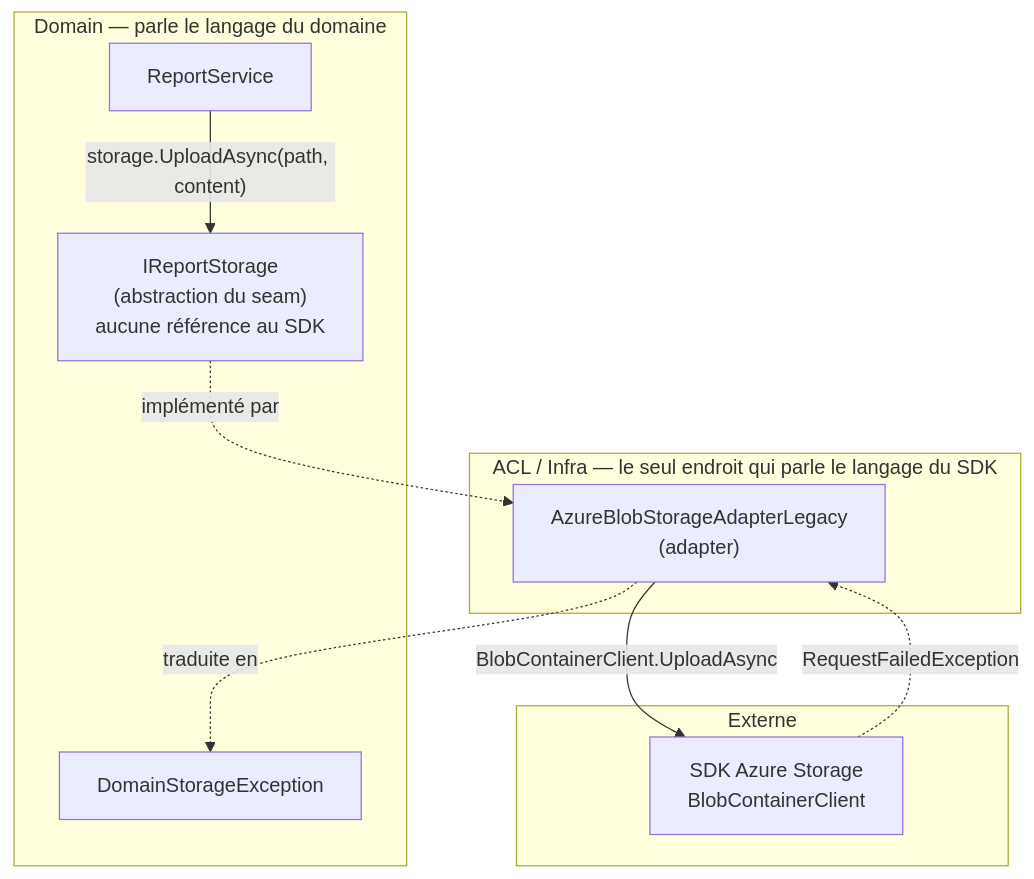
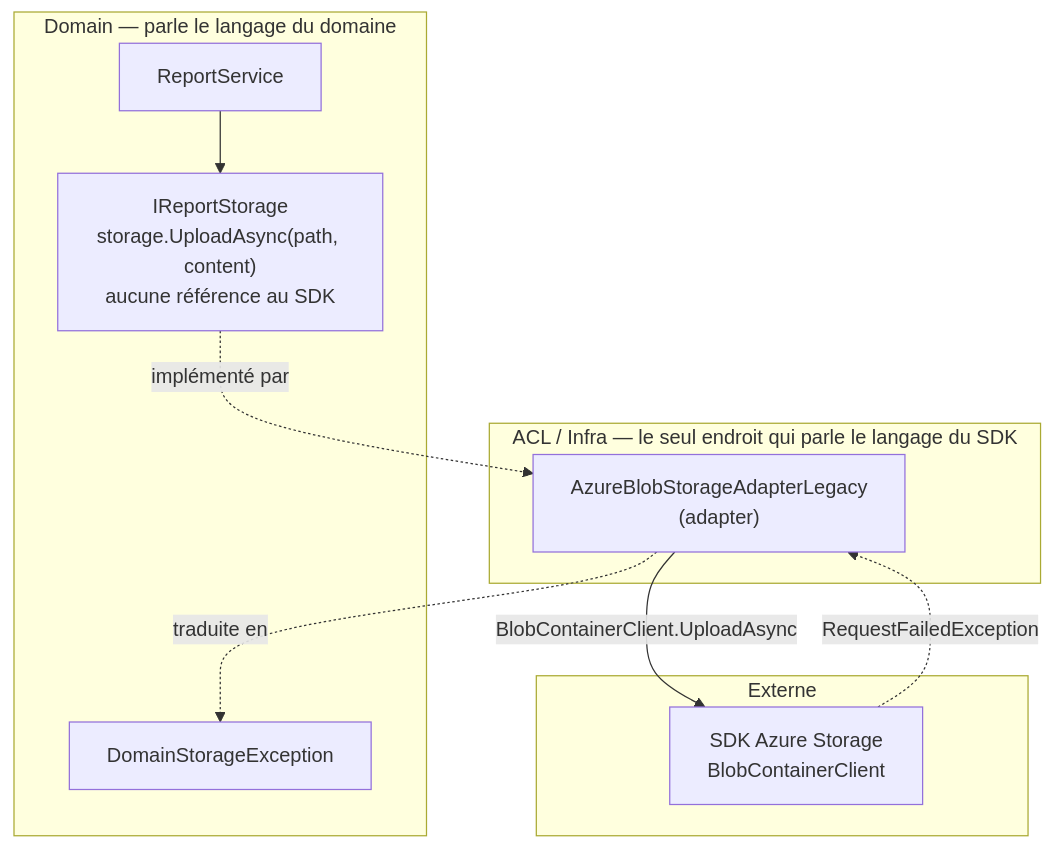
Before and after one commit to nono26/MeetupNugetDependence: the second of 4 diagrams in 4.migration/readme.md, drawn with Mermaid. The commit also changed other lines of this file and 3 other files, not shown here.

````diff
--- a/4.migration/readme.md
+++ b/4.migration/readme.md
@@ -25,22 +25,22 @@
 ```mermaid
     flowchart TB
     subgraph domain["Domain — parle le langage du domaine"]
         RS["ReportService"]
-        IRS["IReportStorage<br/>(abstraction du seam)<br/>aucune référence au SDK"]
+        IRS["IReportStorage<br/>storage.UploadAsync(path, content)<br/>aucune référence au SDK"]
         DSE["DomainStorageException"]
     end
 
     subgraph acl["ACL / Infra — le seul endroit qui parle le langage du SDK"]
         ADP["AzureBlobStorageAdapterLegacy<br/>(adapter)"]
     end
 
     subgraph ext["Externe"]
         SDK["SDK Azure Storage<br/>BlobContainerClient"]
     end
 
-    RS -->|"storage.UploadAsync(path, content)"| IRS
+    RS --> IRS
     IRS -.->|"implémenté par"| ADP
     ADP -->|"BlobContainerClient.UploadAsync"| SDK
     SDK -.->|"RequestFailedException"| ADP
     ADP -.->|"traduite en"| DSE
 ```
````
